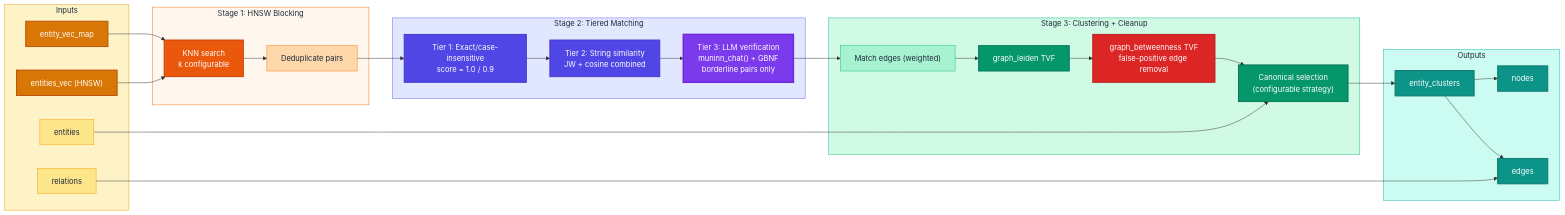
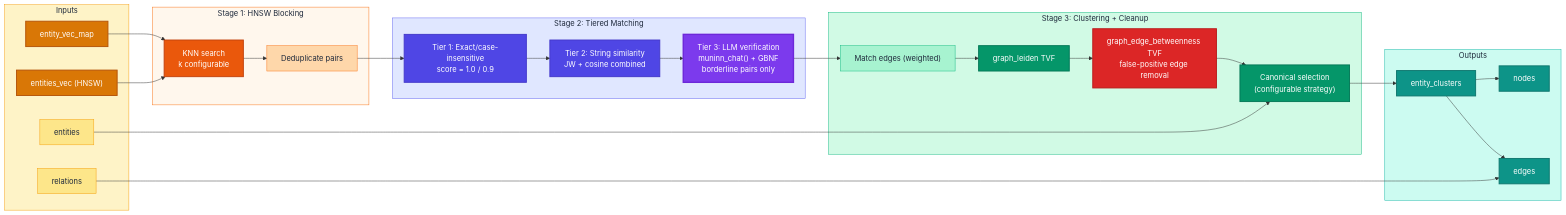
Before and after one commit to neozenith/sqlite-muninn: the second of 4 diagrams in docs/plans/er/00_gap_analysis.md, drawn with Mermaid. The commit also changed other lines of this file and 10 other files, not shown here.

Commit message:
Add graph edge betweenness pruning of ERs

````diff
--- a/docs/plans/er/00_gap_analysis.md
+++ b/docs/plans/er/00_gap_analysis.md
@@ -130,66 +130,66 @@
 ```mermaid
 flowchart LR
     subgraph Inputs
         EVM["entity_vec_map"]:::sourcePrimary
         EVT["entities_vec (HNSW)"]:::sourcePrimary
         ENT["entities"]:::sourceSecondary
         REL["relations"]:::sourceSecondary
     end
 
     subgraph Stage1["Stage 1: HNSW Blocking"]
         KNN["KNN search<br/>k configurable"]:::transformPrimary
         DEDUP["Deduplicate pairs"]:::transformSecondary
     end
 
     subgraph Stage2["Stage 2: Tiered Matching"]
         EXACT["Tier 1: Exact/case-insensitive<br/>score = 1.0 / 0.9"]:::orchPrimary
         STRING["Tier 2: String similarity<br/>JW + cosine combined"]:::orchPrimary
         LLM["Tier 3: LLM verification<br/>muninn_chat() + GBNF<br/>borderline pairs only"]:::llmAccent
     end
 
     subgraph Stage3["Stage 3: Clustering + Cleanup"]
         EDGES["Match edges (weighted)"]:::loadSecondary
         LEIDEN["graph_leiden TVF"]:::loadPrimary
-        BETWEEN["graph_betweenness TVF<br/>false-positive edge removal"]:::danger
+        BETWEEN["graph_edge_betweenness TVF<br/>false-positive edge removal"]:::danger
         CANON["Canonical selection<br/>(configurable strategy)"]:::loadPrimary
     end
 
     subgraph Outputs
         EC["entity_clusters"]:::dataPrimary
         NODES["nodes"]:::dataPrimary
         COALESCE["edges"]:::dataPrimary
     end
 
     EVM --> KNN
     EVT --> KNN
     KNN --> DEDUP
     DEDUP --> EXACT
     EXACT --> STRING
     STRING --> LLM
     LLM --> EDGES
     EDGES --> LEIDEN
     LEIDEN --> BETWEEN
     BETWEEN --> CANON
     ENT --> CANON
     CANON --> EC
     EC --> NODES
     EC --> COALESCE
     REL --> COALESCE
 
     classDef sourcePrimary     fill:#d97706,stroke:#b45309,color:#fff,stroke-width:2px
     classDef sourceSecondary   fill:#fde68a,stroke:#f59e0b,color:#1e293b,stroke-width:1px
     classDef transformPrimary  fill:#ea580c,stroke:#c2410c,color:#fff,stroke-width:2px
     classDef transformSecondary fill:#fed7aa,stroke:#f97316,color:#1e293b,stroke-width:1px
     classDef orchPrimary       fill:#4f46e5,stroke:#4338ca,color:#fff,stroke-width:2px
     classDef llmAccent         fill:#7c3aed,stroke:#6d28d9,color:#fff,stroke-width:3px
     classDef loadPrimary       fill:#059669,stroke:#047857,color:#fff,stroke-width:2px
     classDef loadSecondary     fill:#a7f3d0,stroke:#10b981,color:#1e293b,stroke-width:1px
     classDef dataPrimary       fill:#0d9488,stroke:#0f766e,color:#fff,stroke-width:2px
     classDef danger            fill:#dc2626,stroke:#b91c1c,color:#fff,stroke-width:2px
 
     style Inputs fill:#fef3c7,stroke:#f59e0b,color:#1e293b
     style Stage1 fill:#fff7ed,stroke:#f97316,color:#1e293b
     style Stage2 fill:#e0e7ff,stroke:#6366f1,color:#1e293b
     style Stage3 fill:#d1fae5,stroke:#10b981,color:#1e293b
     style Outputs fill:#ccfbf1,stroke:#14b8a6,color:#1e293b
 ```
````
